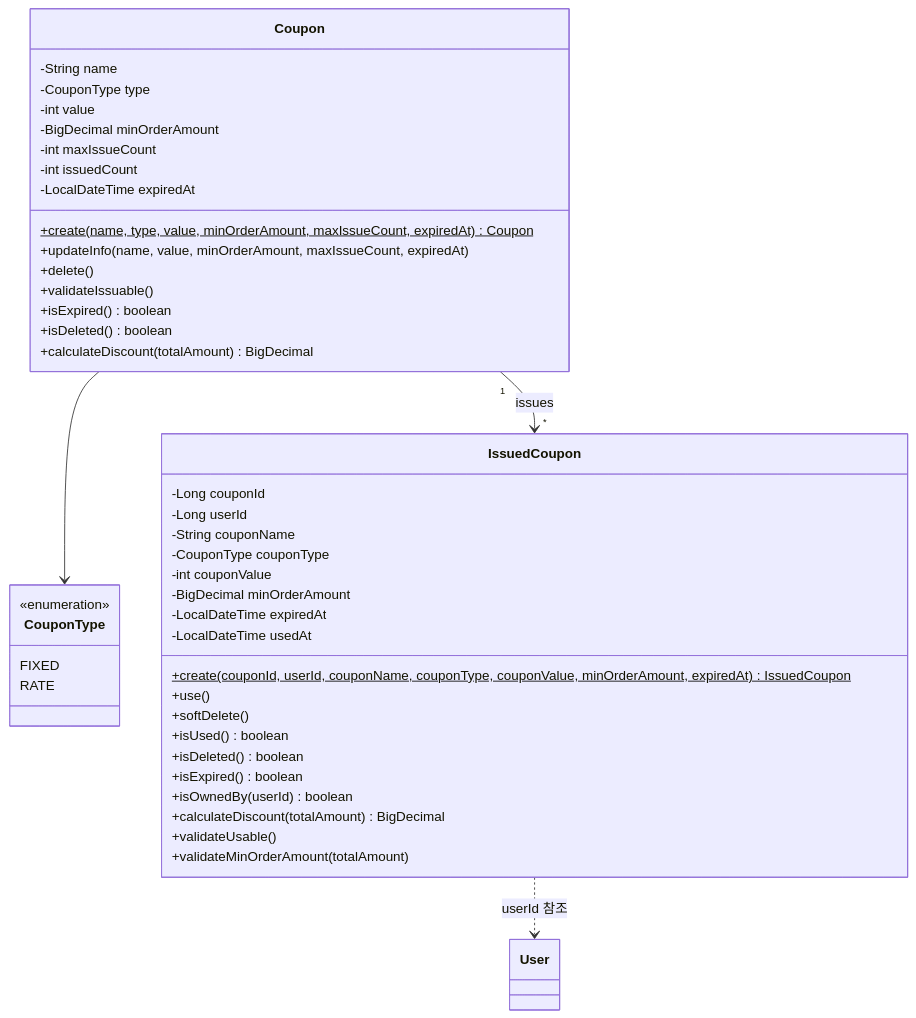
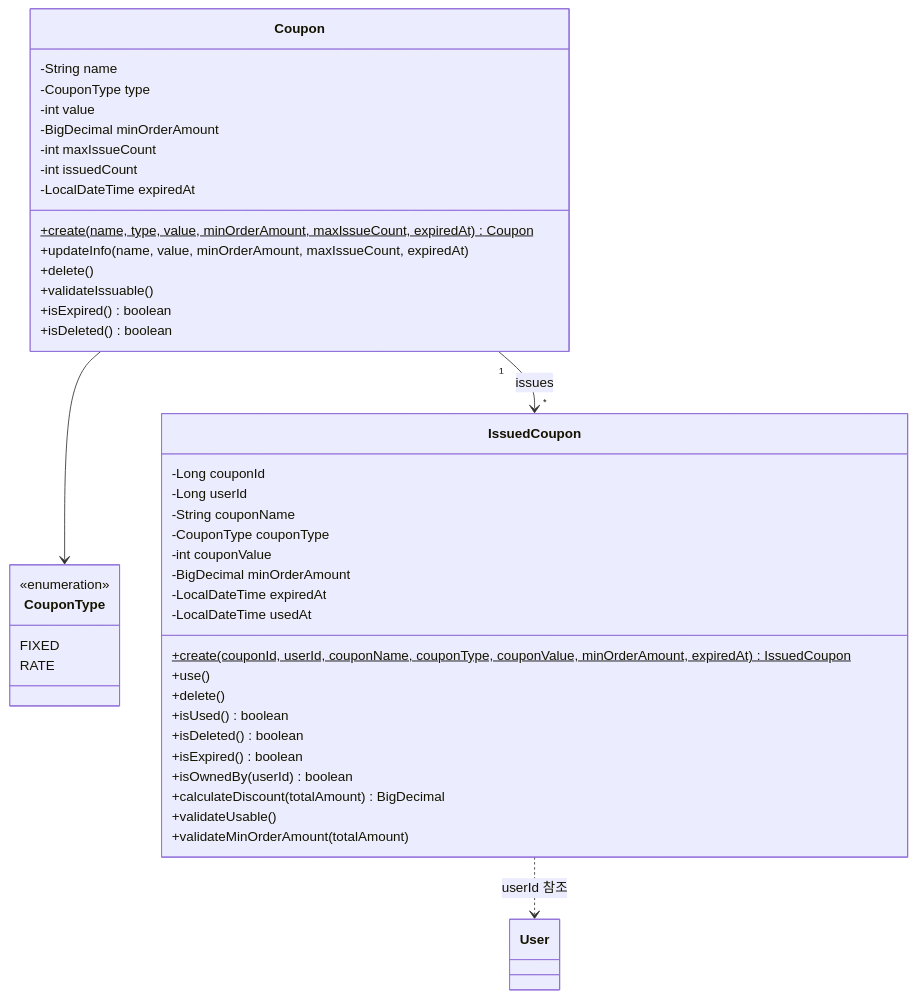
One commit to Loopers-dev-lab/loop-pack-be-l2-vol3-java changed the diagram in docs/design/coupon/class-diagram.md. Above: the diagram before and after it, drawn with Mermaid. The commit also changed other lines of this file and 6 other files, not shown here.

````diff
--- a/docs/design/coupon/class-diagram.md
+++ b/docs/design/coupon/class-diagram.md
@@ -8,50 +8,49 @@
 ```mermaid
 classDiagram
     class Coupon {
         -String name
         -CouponType type
         -int value
         -BigDecimal minOrderAmount
         -int maxIssueCount
         -int issuedCount
         -LocalDateTime expiredAt
         +create(name, type, value, minOrderAmount, maxIssueCount, expiredAt)$ Coupon
         +updateInfo(name, value, minOrderAmount, maxIssueCount, expiredAt)
         +delete()
         +validateIssuable()
         +isExpired() boolean
         +isDeleted() boolean
-        +calculateDiscount(totalAmount) BigDecimal
     }
 
     class CouponType {
         <<enumeration>>
         FIXED
         RATE
     }
 
     class IssuedCoupon {
         -Long couponId
         -Long userId
         -String couponName
         -CouponType couponType
         -int couponValue
         -BigDecimal minOrderAmount
         -LocalDateTime expiredAt
         -LocalDateTime usedAt
         +create(couponId, userId, couponName, couponType, couponValue, minOrderAmount, expiredAt)$ IssuedCoupon
         +use()
-        +softDelete()
+        +delete()
         +isUsed() boolean
         +isDeleted() boolean
         +isExpired() boolean
         +isOwnedBy(userId) boolean
         +calculateDiscount(totalAmount) BigDecimal
         +validateUsable()
         +validateMinOrderAmount(totalAmount)
     }
 
     Coupon --> CouponType
     Coupon "1" --> "*" IssuedCoupon : issues
     IssuedCoupon ..> User : userId 참조
 ```
````
